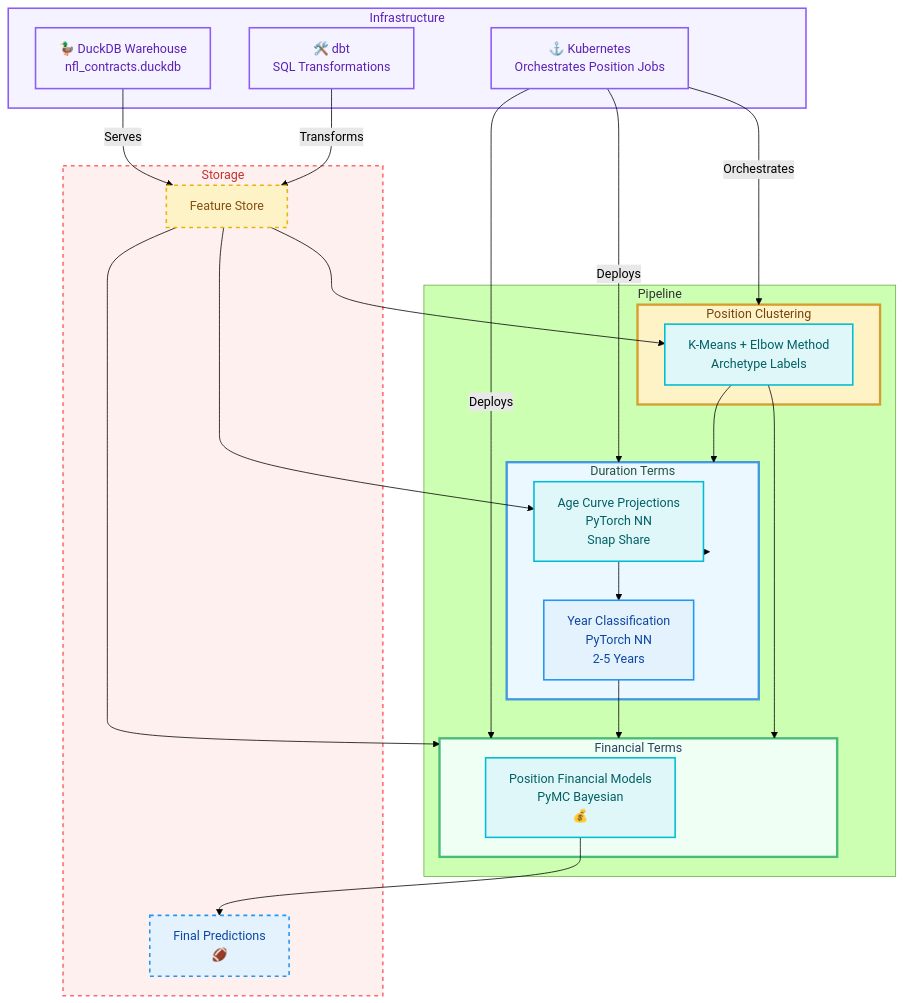
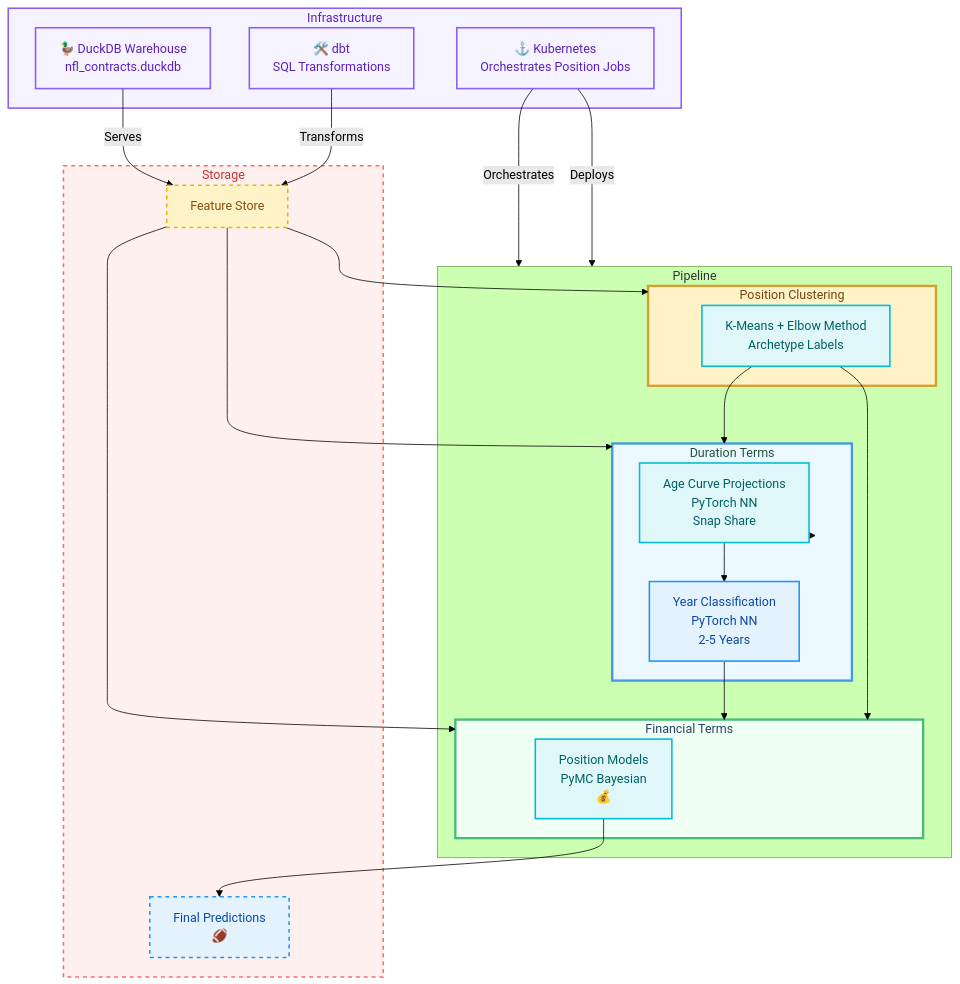
Before and after one commit to dec1costello/NFL-Market-Value-Analysis: the diagram in README.md, drawn with Mermaid (forest theme).

Commit message:
Update financial models and connections in README

````diff
--- a/README.md
+++ b/README.md
@@ -38,73 +38,73 @@
 ```mermaid
 graph TB
  %% === STYLING ===
     classDef stage1 fill:#fef3c7,stroke:#d69e2e,stroke-width:3px,color:#744210
     classDef stage2 fill:#ebf8ff,stroke:#4299e1,stroke-width:3px,color:#22543d 
     classDef stage3 fill:#f0fff4,stroke:#48bb78,stroke-width:3px,color: #2a4365
     classDef features fill:#fef3c7,stroke:#eab308,stroke-width:2px,color:#854d0e
     classDef model fill:#e0f7fa,stroke:#00bcd4,stroke-width:2px,color:#006064
     classDef output fill:#e3f2fd,stroke:#2196f3,stroke-width:2px,color:#0d47a1
     classDef infra fill:#f5f3ff,stroke:#8b5cf6,stroke-width:2px,color:#5b21b6
     classDef storage fill:#fff0f0,stroke:#FF6B6B,stroke-width:2px,stroke-dasharray:5 5,color:#c53030
 
     %% === INFRASTRUCTURE LAYERS ===
     subgraph INFRA ["Infrastructure"]
         DUCKDB["🦆 DuckDB Warehouse<br/>nfl_contracts.duckdb"]
         K8S["⚓ Kubernetes<br/>Orchestrates Position Jobs"]
         DBT["🛠️ dbt<br/>SQL Transformations"]
     end
 
     %% === DATA FLOW ===
     subgraph DATA_FLOW ["Pipeline"]
         %% === STAGE 1: ARCHETYPE DISCOVERY ===
         subgraph STAGE_1 ["Position Clustering"]
             CLUSTERING["K-Means + Elbow Method<br/>Archetype Labels"]
         end
 
         %% === STAGE 2: YEAR PREDICTION ===
         subgraph STAGE_2 ["Duration Terms"]
             YEAR_MODELS["Age Curve Projections<br/>PyTorch NN<br/>Snap Share"]
             YEAR_PREDS["Year Classification<br/>PyTorch NN<br/>2-5 Years"]
         end
 
         %% === STAGE 3: FINANCIAL PREDICTION ===
         subgraph STAGE_3 ["Financial Terms"]
-            FINANCIAL_MODELS["Position Financial Models<br/>PyMC Bayesian<br/>💰"]
+            FINANCIAL_MODELS["Position Models<br/>PyMC Bayesian<br/>💰"]
         end
     end
 
     %% === STORAGE LAYER ===
     subgraph STORAGE ["Storage"]
         FEATURES["Feature Store<br/>"]
         RESULTS["Final Predictions<br/>🏈"]
     end
 
     %% === CONNECTIONS ===
     %% Infrastructure → Data Flow
     DUCKDB -->|"Serves"| FEATURES
     DBT -->|"Transforms"| FEATURES
-    K8S -->|"Orchestrates"| STAGE_1
-    K8S -->|"Deploys"| STAGE_2
-    K8S -->|"Deploys"| STAGE_3
+    K8S -->|"Orchestrates"| DATA_FLOW
+    K8S -->|"Deploys"| DATA_FLOW
 
     %% Data Pipeline Flow
-    FEATURES --> CLUSTERING
+    FEATURES --> STAGE_1
     CLUSTERING --> STAGE_2
     STAGE_2 --> YEAR_MODELS
-    FEATURES --> YEAR_MODELS
+    FEATURES --> STAGE_2
+
     YEAR_MODELS --> YEAR_PREDS
     YEAR_PREDS --> STAGE_3
     CLUSTERING --> STAGE_3
     FEATURES --> STAGE_3
     FINANCIAL_MODELS --> RESULTS
 
     %% === STYLES ===
     class INFRA,DUCKDB,K8S,DBT infra
     class STORAGE,FEATURES,RESULTS storage
     class STAGE_1 stage1
     class STAGE_2 stage2
     class STAGE_3 stage3
     class FEATURES features
     class CLUSTERING,YEAR_MODELS,FINANCIAL_MODELS model
     class ARCHETYPES,YEAR_PREDS,FINANCIAL_PREDS,RESULTS output;
 ```
````
